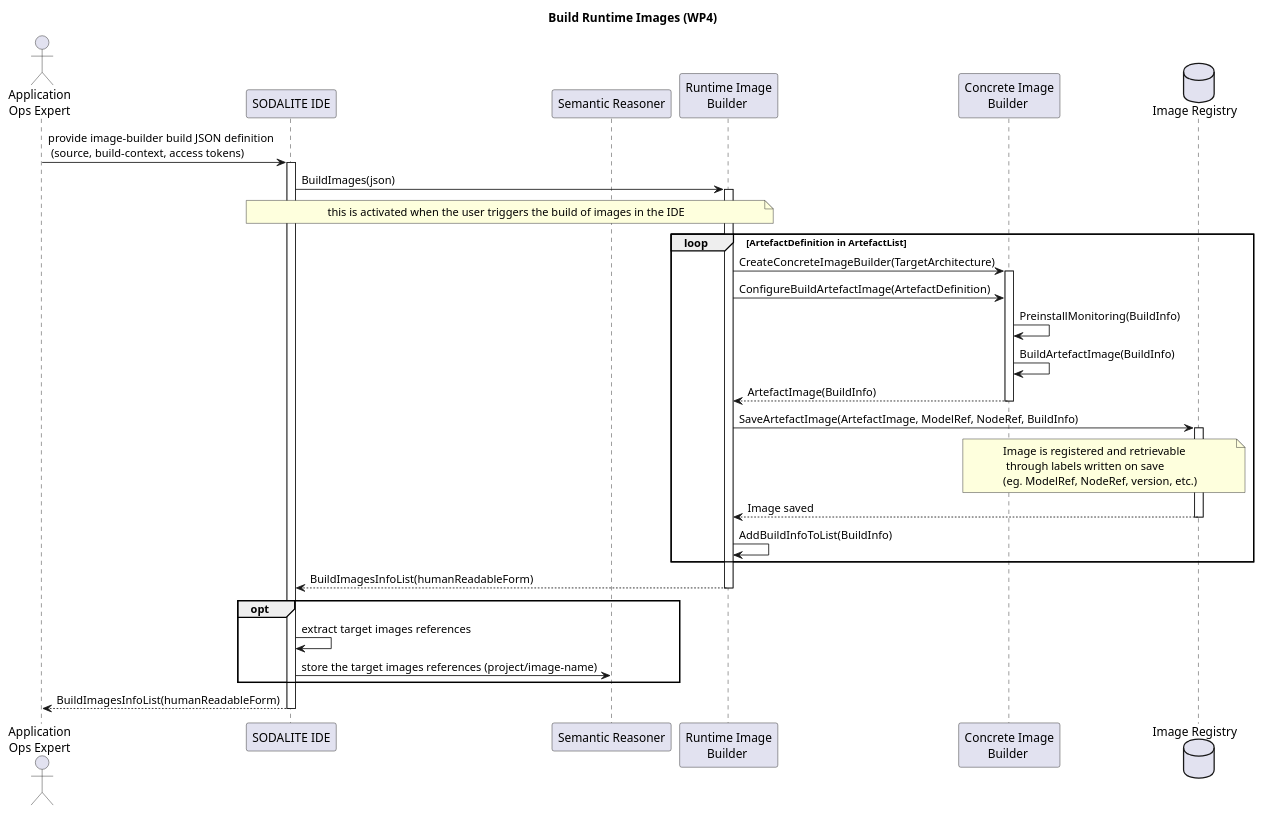
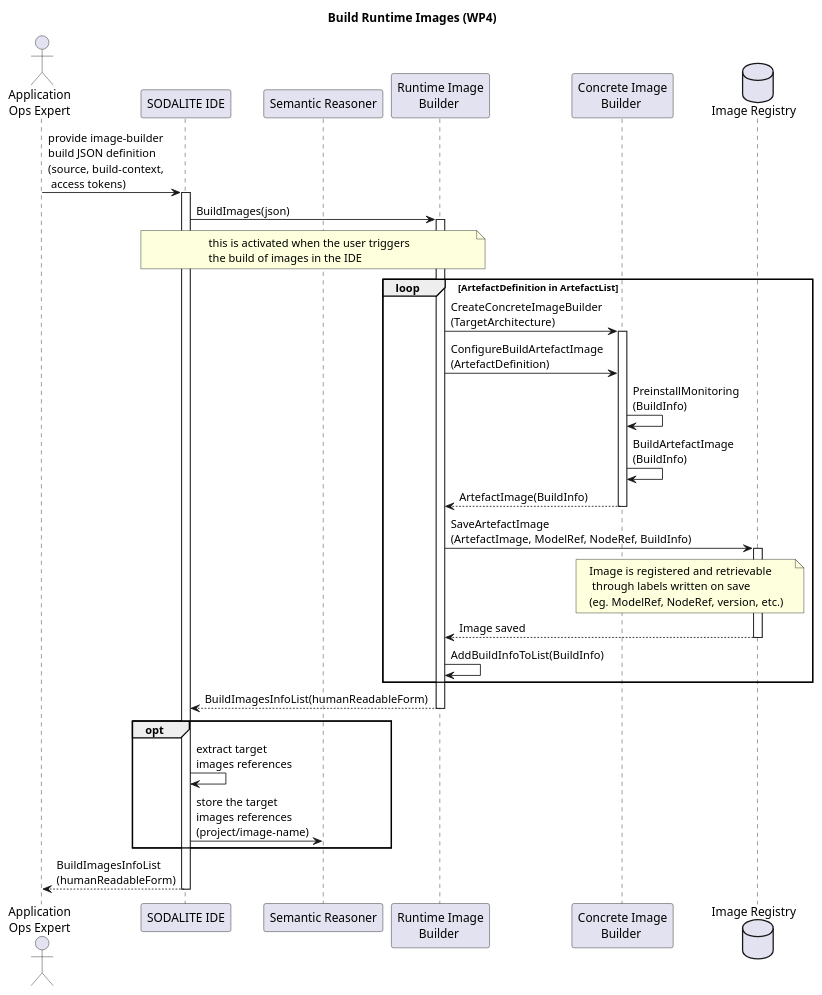
Before and after one commit to SODALITE-EU/project-wide-documentation: the diagram in uml/sequence-diagrams/UC-16-BuildRuntimeImages-WP4.puml, drawn with PlantUML. The commit also changed 2 other files, not shown here.

```diff
--- a/uml/sequence-diagrams/UC-16-BuildRuntimeImages-WP4.puml
+++ b/uml/sequence-diagrams/UC-16-BuildRuntimeImages-WP4.puml
@@ -1,53 +1,53 @@
 @startuml
 
 title Build Runtime Images (WP4)
 
 'Define user actors
 actor "Application\nOps Expert" as ops
 participant "SODALITE IDE" as editor
 participant "Semantic Reasoner" as reasoner
 participant "Runtime Image\nBuilder " as SRIBC
 participant "Concrete Image\nBuilder " as SCIBC
 database "Image Registry " as SIIR
 
-ops->editor: provide image-builder build JSON definition \n (source, build-context, access tokens)
+ops->editor: provide image-builder\nbuild JSON definition \n(source, build-context,\n access tokens)
 activate editor
 editor->SRIBC: BuildImages(json)
 
-note over editor, SRIBC: this is activated when the user triggers the build of images in the IDE
+note over editor, SRIBC: this is activated when the user triggers\nthe build of images in the IDE
 
 activate SRIBC
 
 
 loop ArtefactDefinition in ArtefactList
-    SRIBC->SCIBC: CreateConcreteImageBuilder(TargetArchitecture)
+    SRIBC->SCIBC: CreateConcreteImageBuilder\n(TargetArchitecture)
     activate SCIBC
-    SRIBC->SCIBC: ConfigureBuildArtefactImage(ArtefactDefinition)
-    SCIBC->SCIBC: PreinstallMonitoring(BuildInfo)
-    SCIBC->SCIBC: BuildArtefactImage(BuildInfo)
+    SRIBC->SCIBC: ConfigureBuildArtefactImage\n(ArtefactDefinition)
+    SCIBC->SCIBC: PreinstallMonitoring\n(BuildInfo)
+    SCIBC->SCIBC: BuildArtefactImage\n(BuildInfo)
     SCIBC-->SRIBC: ArtefactImage(BuildInfo)
     deactivate SCIBC
     'Save the resulting IaC and recipes together with build time information (errors, warnings, information, improvement suggestions - all addressing the abstract model)
-    SRIBC->SIIR: SaveArtefactImage(ArtefactImage, ModelRef, NodeRef, BuildInfo)
+    SRIBC->SIIR: SaveArtefactImage\n(ArtefactImage, ModelRef, NodeRef, BuildInfo)
     activate SIIR
     note over SCIBC, SIIR: Image is registered and retrievable\n through labels written on save\n(eg. ModelRef, NodeRef, version, etc.)
     SIIR-->SRIBC: Image saved
     deactivate SIIR
 
     SRIBC->SRIBC: AddBuildInfoToList(BuildInfo)
 end
 
 
 'Return the reference to compile/build time information (errors, warnings, information, improvement suggestions - all addressing the abstract model)
 SRIBC-->editor: BuildImagesInfoList(humanReadableForm)
 deactivate SRIBC
 opt
-    editor->editor: extract target images references
-    editor->reasoner: store the target images references (project/image-name)
+    editor->editor: extract target\nimages references
+    editor->reasoner: store the target\nimages references\n(project/image-name)
 end
-editor-->ops: BuildImagesInfoList(humanReadableForm)
+editor-->ops: BuildImagesInfoList\n(humanReadableForm)
 deactivate SRIBC
 deactivate editor
 
 
 @enduml
```
